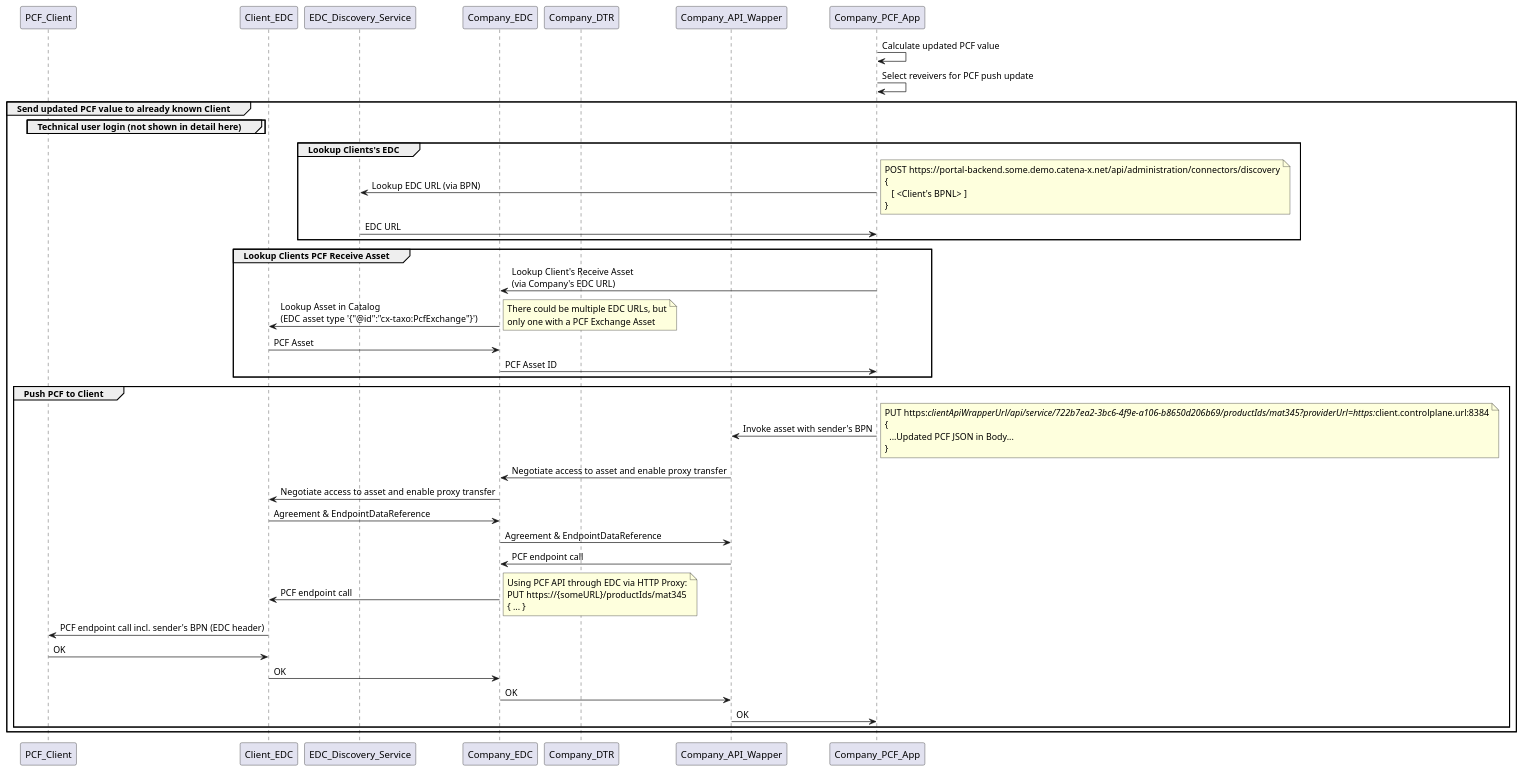
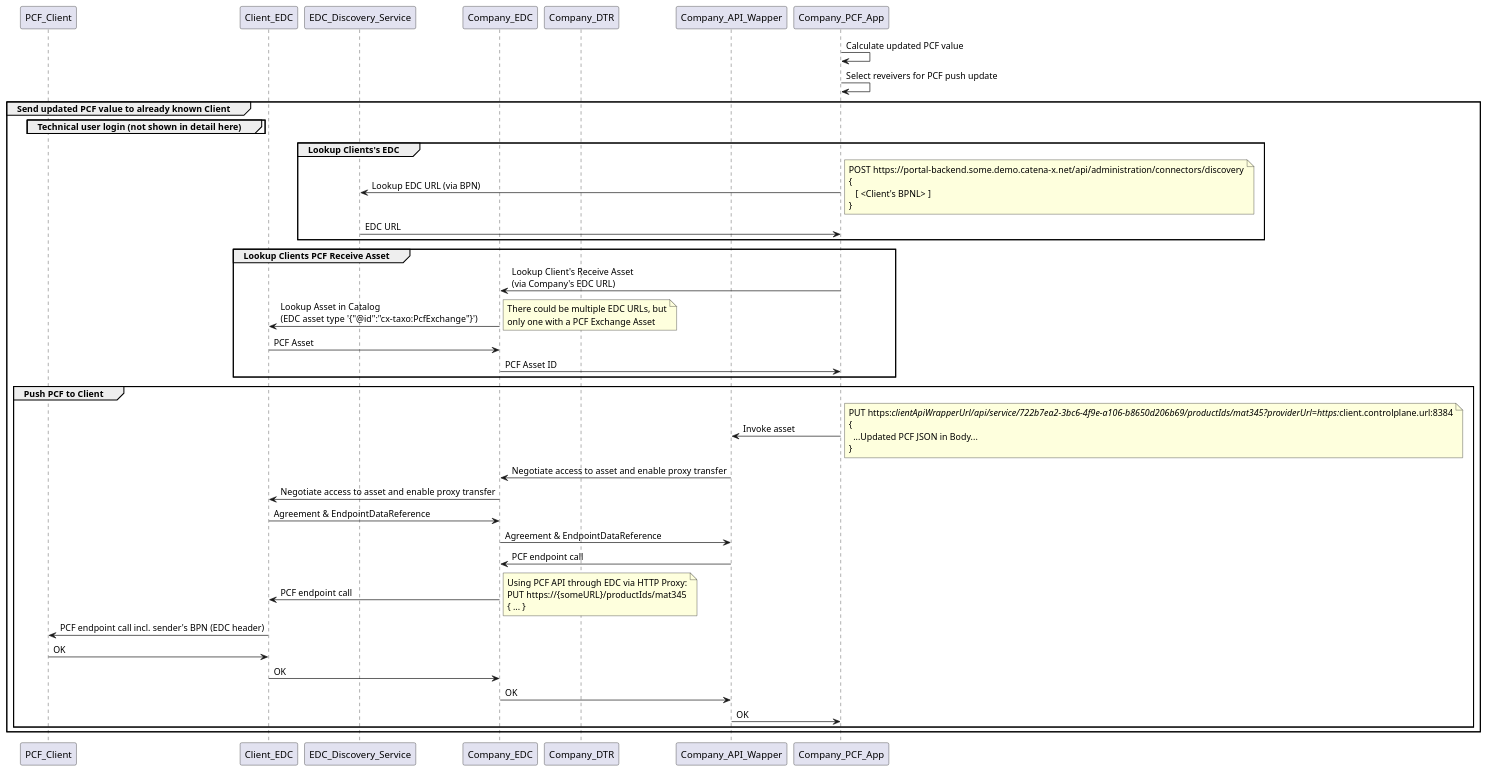
Before and after one commit to eclipse-tractusx/eclipse-tractusx.github.io: the diagram in docs-kits/kits/PCF Exchange Kit/resources/development-view/PCFUpdate.puml, drawn with PlantUML. The commit also changed 1 other file, not shown here.

Commit message:
Remove BPN mentioned in Client call (Seq Chart).

```diff
--- a/docs-kits/kits/PCF Exchange Kit/resources/development-view/PCFUpdate.puml
+++ b/docs-kits/kits/PCF Exchange Kit/resources/development-view/PCFUpdate.puml
@@ -1,68 +1,68 @@
 @startuml "PCF Update pushed through EDC"
 
 participant PCF_Client
 participant Client_EDC
 participant EDC_Discovery_Service
 participant Company_EDC
 participant Company_DTR
 participant Company_API_Wapper
 participant Company_PCF_App
 
 Company_PCF_App -> Company_PCF_App: Calculate updated PCF value
 Company_PCF_App -> Company_PCF_App: Select reveivers for PCF push update
 
 group Send updated PCF value to already known Client
 
 group Technical user login (not shown in detail here)
 end
 
 group Lookup Clients's EDC
 Company_PCF_App -> EDC_Discovery_Service: Lookup EDC URL (via BPN)
 note right
 POST https://portal-backend.some.demo.catena-x.net/api/administration/connectors/discovery
 {
    [ <Client's BPNL> ] 
 }
 end note
 EDC_Discovery_Service -> Company_PCF_App: EDC URL
 end
 
 group Lookup Clients PCF Receive Asset
 Company_PCF_App -> Company_EDC: Lookup Client's Receive Asset\n(via Company's EDC URL)
 Company_EDC -> Client_EDC: Lookup Asset in Catalog\n(EDC asset type '{"@id":"cx-taxo:PcfExchange"}')
 note right
 There could be multiple EDC URLs, but
 only one with a PCF Exchange Asset
 end note
 Client_EDC -> Company_EDC: PCF Asset
 Company_EDC -> Company_PCF_App: PCF Asset ID
 end
 
 group Push PCF to Client
-Company_PCF_App -> Company_API_Wapper: Invoke asset with sender's BPN
+Company_PCF_App -> Company_API_Wapper: Invoke asset
 note right
 PUT https://clientApiWrapperUrl/api/service/722b7ea2-3bc6-4f9e-a106-b8650d206b69/productIds/mat345?providerUrl=https://client.controlplane.url:8384
 {
   ...Updated PCF JSON in Body...
 }
 end note
 Company_API_Wapper -> Company_EDC: Negotiate access to asset and enable proxy transfer
 Company_EDC -> Client_EDC: Negotiate access to asset and enable proxy transfer
 Client_EDC -> Company_EDC: Agreement & EndpointDataReference
 Company_EDC -> Company_API_Wapper: Agreement & EndpointDataReference
 Company_API_Wapper -> Company_EDC: PCF endpoint call
 Company_EDC -> Client_EDC: PCF endpoint call
 note right
 Using PCF API through EDC via HTTP Proxy:
 PUT https://{someURL}/productIds/mat345
 { ... }
 end note
 Client_EDC -> PCF_Client: PCF endpoint call incl. sender's BPN (EDC header)
 PCF_Client -> Client_EDC: OK
 Client_EDC -> Company_EDC: OK
 Company_EDC -> Company_API_Wapper: OK
 Company_API_Wapper -> Company_PCF_App: OK
 end
 end
  
 @enduml
```
